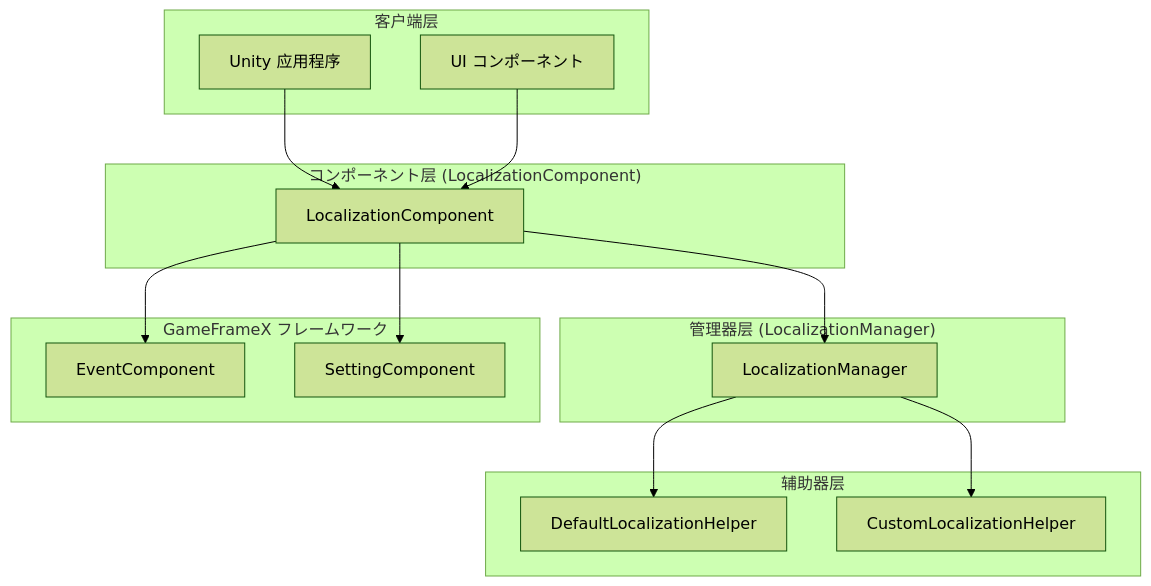
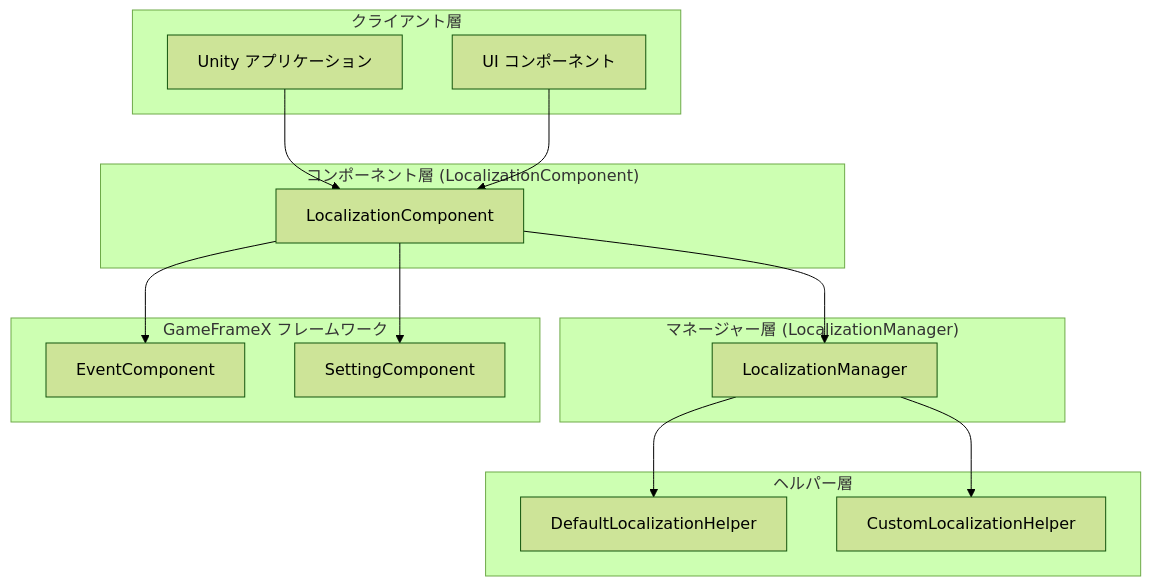
The first of 5 diagrams in docs/ja/client/unity/component/localization/01.overview.md (AlianBlank/GameFrameX.Docs), drawn with Mermaid (forest theme) before and after one commit. The commit also changed other lines of this file and 320 other files, not shown here.

````diff
--- a/docs/ja/client/unity/component/localization/01.overview.md
+++ b/docs/ja/client/unity/component/localization/01.overview.md
@@ -17,33 +17,33 @@
 ```mermaid
 flowchart TD
-    subgraph Client["客户端层"]
-        Unity["Unity 应用程序"]
+    subgraph Client["クライアント層"]
+        Unity["Unity アプリケーション"]
         UI["UI コンポーネント"]
     end
 
-    subgraph Component["コンポーネント层 (LocalizationComponent)"]
+    subgraph Component["コンポーネント層 (LocalizationComponent)"]
         LC["LocalizationComponent"]
     end
 
-    subgraph Manager["管理器层 (LocalizationManager)"]
+    subgraph Manager["マネージャー層 (LocalizationManager)"]
         LM["LocalizationManager"]
     end
 
-    subgraph Helper["辅助器层"]
+    subgraph Helper["ヘルパー層"]
         DLH["DefaultLocalizationHelper"]
         CLH["CustomLocalizationHelper"]
     end
 
     subgraph GameFrameX["GameFrameX フレームワーク"]
         EC["EventComponent"]
         SC["SettingComponent"]
     end
 
     Unity --> LC
     UI --> LC
     LC --> LM
     LC --> EC
     LC --> SC
     LM --> DLH
     LM --> CLH
 ```
````
